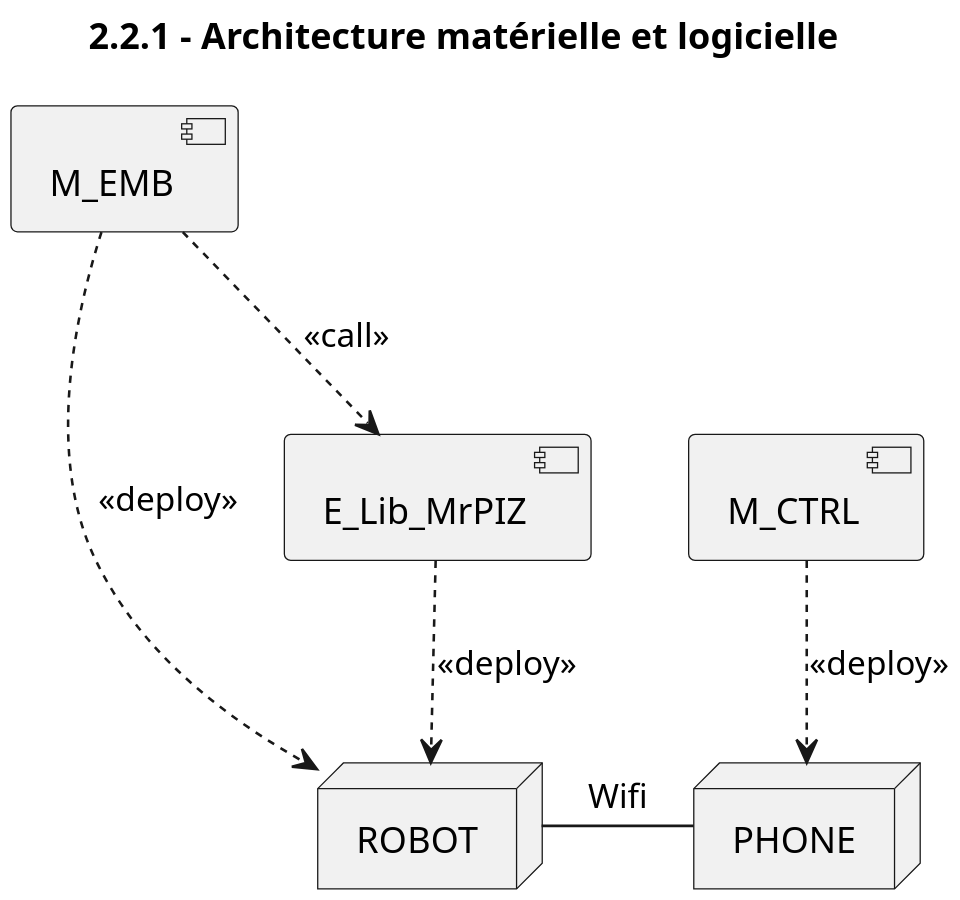
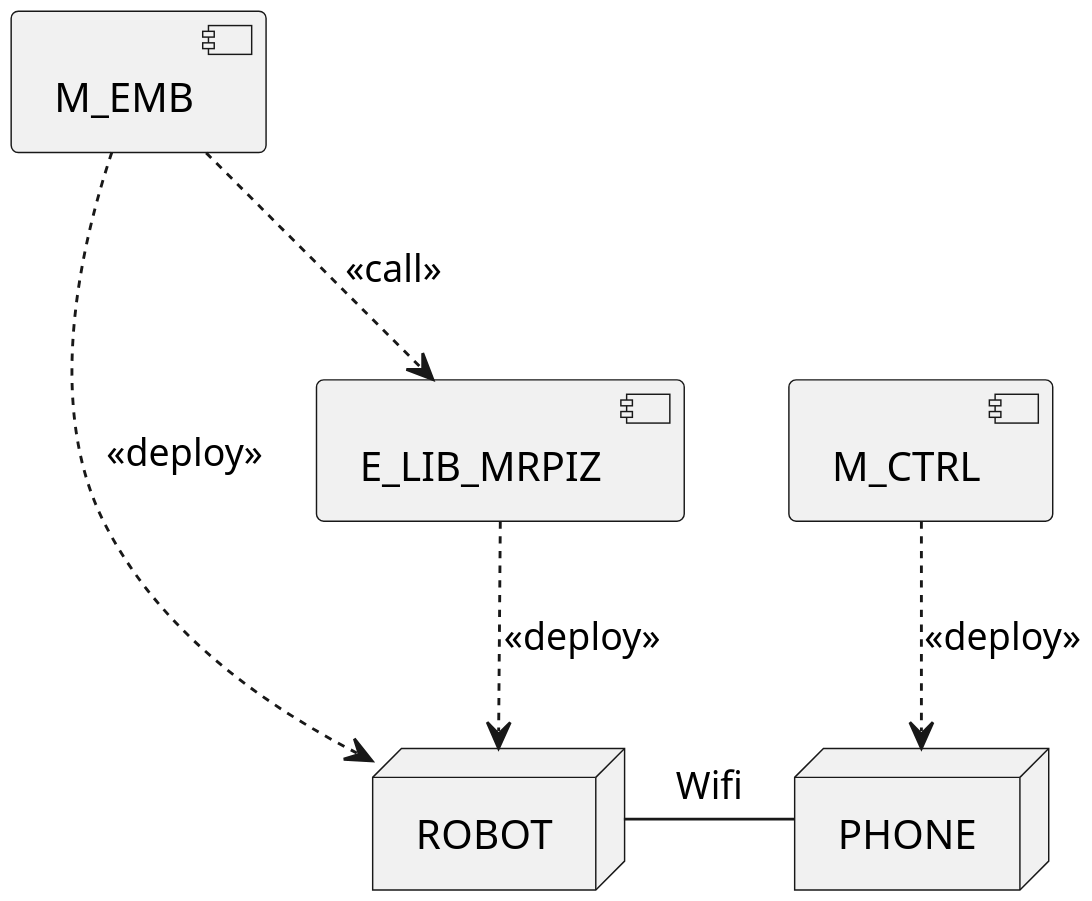
The diagram in Diagrammes UML/2.2.1 - Architecture matérielle et logicielle/2.2.1 - Architecture matérielle et logicielle.puml (Larson-09/PATO_Project), drawn with PlantUML before and after one commit.

Commit message:
mise en MAJ de lib mr pz

```diff
--- a/Diagrammes UML/2.2.1 - Architecture matérielle et logicielle/2.2.1 - Architecture matérielle et logicielle.puml
+++ b/Diagrammes UML/2.2.1 - Architecture matérielle et logicielle/2.2.1 - Architecture matérielle et logicielle.puml
@@ -1,11 +1,10 @@
 @startuml
-title 2.2.1 - Architecture matérielle et logicielle
 scale 1280*900
 node ROBOT
 node PHONE
 ROBOT-r- PHONE: Wifi
-[M_EMB] ..> [E_Lib_MrPIZ] :<<call>>
+[M_EMB] ..> [E_LIB_MRPIZ ] :<<call>>
 [M_EMB] ..> ROBOT: <<deploy>>
-[E_Lib_MrPIZ] ..> ROBOT: <<deploy>>
+[E_LIB_MRPIZ ] ..> ROBOT: <<deploy>>
 [M_CTRL] ..> PHONE: <<deploy>>
 @enduml
```
